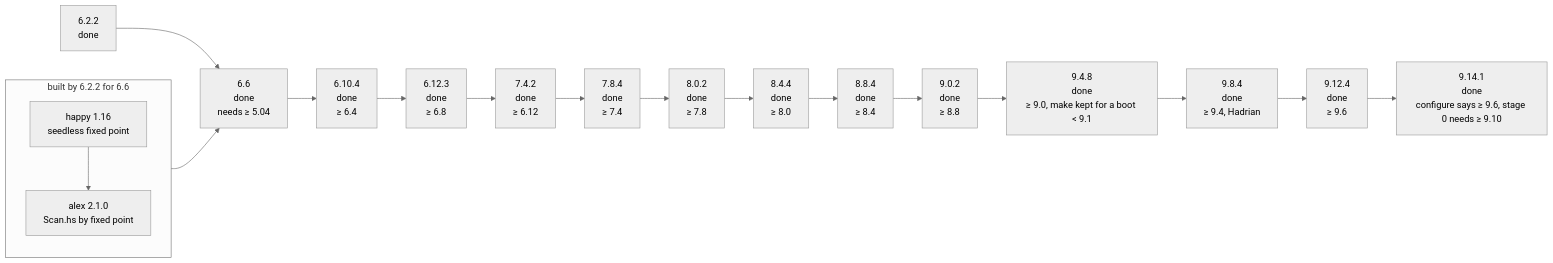
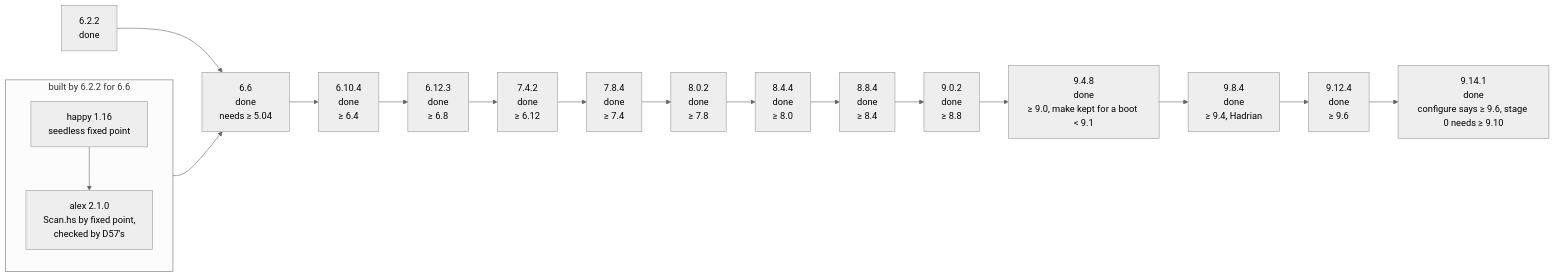
Before and after one commit to andreabedini/ghc-bootstrap: the fifth of 5 diagrams in DIAGRAMS.md, drawn with Mermaid (neutral theme). The commit also changed other lines of this file and 4 other files, not shown here.

````diff
--- a/DIAGRAMS.md
+++ b/DIAGRAMS.md
@@ -110,8 +122,8 @@
 ```mermaid
 flowchart LR
     g622["6.2.2<br/>done"] --> g66["6.6<br/>done<br/>needs ≥ 5.04"] --> g610["6.10.4<br/>done<br/>≥ 6.4"] --> g612["6.12.3<br/>done<br/>≥ 6.8"] --> g742["7.4.2<br/>done<br/>≥ 6.12"] --> g784["7.8.4<br/>done<br/>≥ 7.4"] --> g802["8.0.2<br/>done<br/>≥ 7.8"] --> g844["8.4.4<br/>done<br/>≥ 8.0"] --> g884["8.8.4<br/>done<br/>≥ 8.4"] --> g902["9.0.2<br/>done<br/>≥ 8.8"] --> g948["9.4.8<br/>done<br/>≥ 9.0, make kept for a boot < 9.1"] --> g984["9.8.4<br/>done<br/>≥ 9.4, Hadrian"] --> g9124["9.12.4<br/>done<br/>≥ 9.6"] --> g9141["9.14.1<br/>done<br/>configure says ≥ 9.6, stage 0 needs ≥ 9.10"]
     subgraph g66parts["built by 6.2.2 for 6.6"]
-        h116["happy 1.16<br/>seedless fixed point"] --> a210["alex 2.1.0<br/>Scan.hs by fixed point"]
+        h116["happy 1.16<br/>seedless fixed point"] --> a210["alex 2.1.0<br/>Scan.hs by fixed point,<br/>checked by D57's"]
     end
     g66parts --> g66
 ```
````
